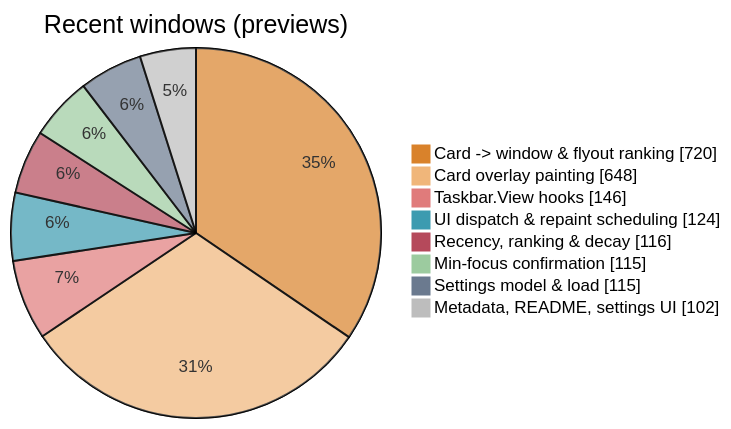
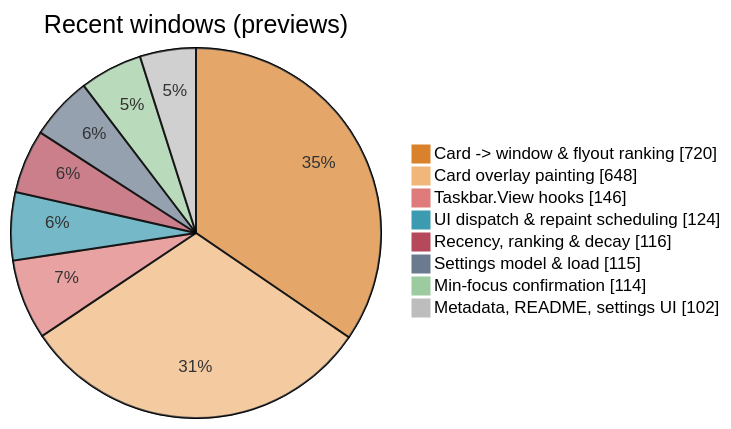
One commit to jvlasek/taskbar-recent-focus-highlight changed the fifth of 5 diagrams in doc/code/code-breakdown.md. Above: the diagram before and after it, drawn with Mermaid. The commit also changed other lines of this file and 24 other files, not shown here.

````diff
--- a/doc/code/code-breakdown.md
+++ b/doc/code/code-breakdown.md
@@ -153,12 +153,12 @@
 ```mermaid
-%%{init: {"themeVariables": {"pie1": "#D9822B", "pie2": "#F0B67A", "pie3": "#E07B7B", "pie4": "#3C9BB0", "pie5": "#B5495B", "pie6": "#9CCB9F", "pie7": "#6B7A8F", "pie8": "#BDBDBD", "pieOuterStrokeWidth": "1px"}}}%%
+%%{init: {"themeVariables": {"pie1": "#D9822B", "pie2": "#F0B67A", "pie3": "#E07B7B", "pie4": "#3C9BB0", "pie5": "#B5495B", "pie6": "#6B7A8F", "pie7": "#9CCB9F", "pie8": "#BDBDBD", "pieOuterStrokeWidth": "1px"}}}%%
 pie showData title Recent windows (previews)
     "Card -> window & flyout ranking" : 720
     "Card overlay painting" : 648
     "Taskbar.View hooks" : 146
     "UI dispatch & repaint scheduling" : 124
     "Recency, ranking & decay" : 116
-    "Min-focus confirmation" : 115
     "Settings model & load" : 115
+    "Min-focus confirmation" : 114
     "Metadata, README, settings UI" : 102
 ```
````
